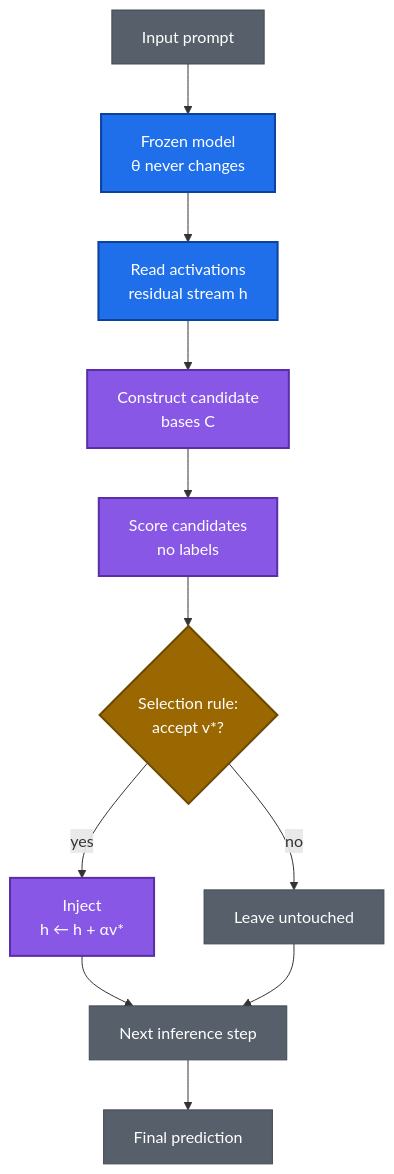
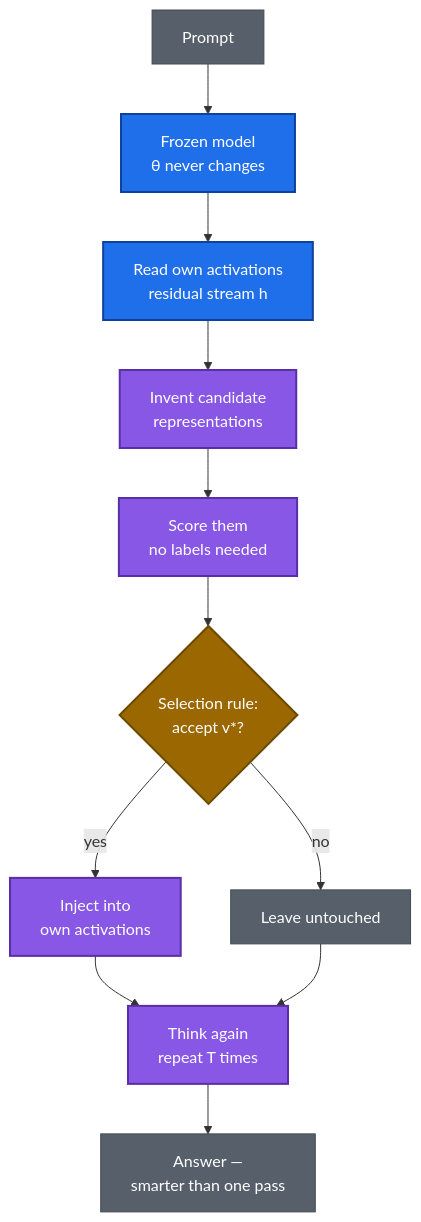
One commit to anilkumara9/SCBI changed the second of 4 diagrams in README.md. Above: the diagram before and after it, drawn with Mermaid. The commit also changed other lines of this file, not shown here.

````diff
--- a/README.md
+++ b/README.md
@@ -114,21 +84,21 @@
 ```mermaid
 flowchart TD
-    A["Input prompt"] --> B["Frozen model<br/>θ never changes"]
-    B --> C["Read activations<br/>residual stream h"]
-    C --> D["Construct candidate<br/>bases C"]
-    D --> E["Score candidates<br/>no labels"]
+    A["Prompt"] --> B["Frozen model<br/>θ never changes"]
+    B --> C["Read own activations<br/>residual stream h"]
+    C --> D["Invent candidate<br/>representations"]
+    D --> E["Score them<br/>no labels needed"]
     E --> F{"Selection rule:<br/>accept v*?"}
-    F -- "yes" --> G["Inject<br/>h ← h + αv*"]
+    F -- "yes" --> G["Inject into<br/>own activations"]
     F -- "no" --> H["Leave untouched"]
-    G --> I["Next inference step"]
+    G --> I["Think again<br/>repeat T times"]
     H --> I
-    I --> J["Final prediction"]
+    I --> J["Answer —<br/>smarter than one pass"]
     classDef frozen fill:#1f6feb,stroke:#0d419d,color:#fff,stroke-width:2px
-    classDef action fill:#8957e5,stroke:#5a2ea6,color:#fff,stroke-width:2px
+    classDef think fill:#8957e5,stroke:#5a2ea6,color:#fff,stroke-width:2px
     classDef decision fill:#9a6700,stroke:#6b4a00,color:#fff,stroke-width:2px
     classDef neutral fill:#57606a,stroke:#424a53,color:#fff
     class B,C frozen
-    class D,E,G action
+    class D,E,G,I think
     class F decision
-    class A,H,I,J neutral
+    class A,H,J neutral
 ```
````
